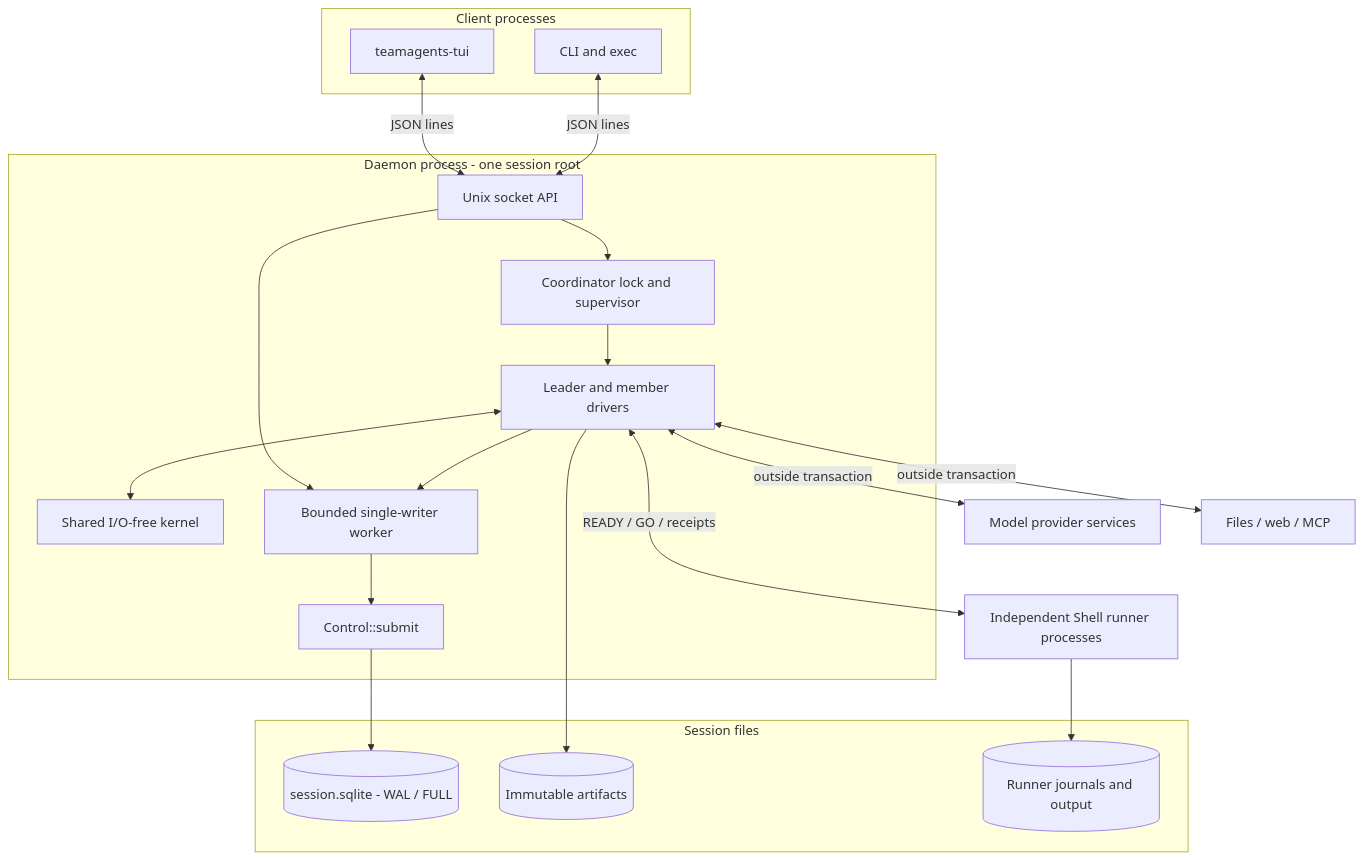
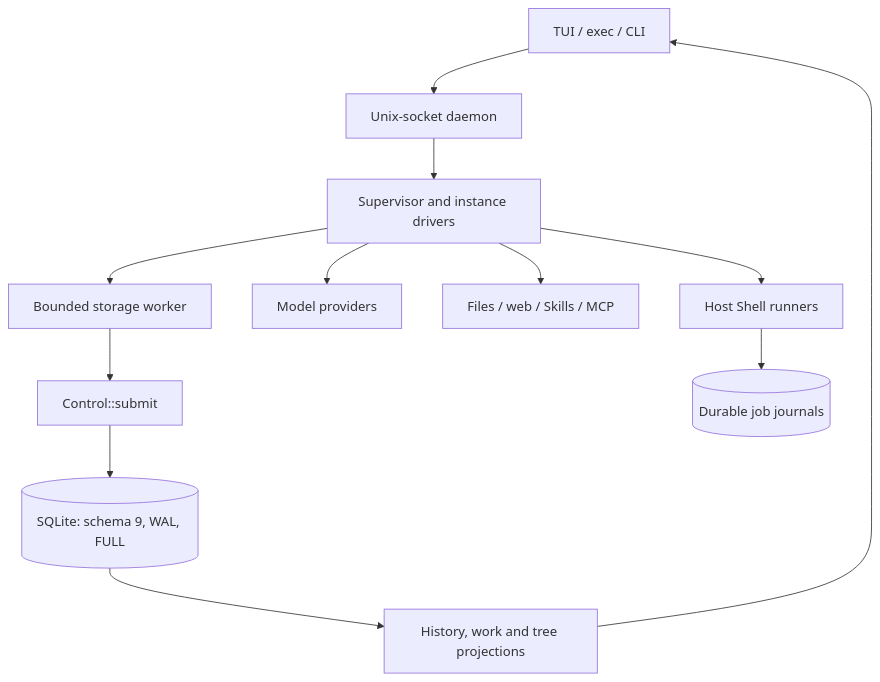
Before and after one commit to seek-hope/TeamAgents: the first of 3 diagrams in docs/ARCHITECTURE.md, drawn with Mermaid. The commit also changed other lines of this file and 13547 other files, not shown here.

````diff
--- a/docs/ARCHITECTURE.md
+++ b/docs/ARCHITECTURE.md
@@ -36,37 +8,17 @@
 ```mermaid
 flowchart TB
-    accTitle: Processes and session ownership
-    accDescr: TUI and CLI clients share one daemon per session root. The daemon owns logical instance drivers and the database writer, while Shell runners and provider services execute outside transactions.
-    subgraph clients["Client processes"]
-        tui["teamagents-tui"]
-        cli["CLI and exec"]
-    end
-    subgraph daemon["Daemon process - one session root"]
-        socket["Unix socket API"]
-        supervisor["Coordinator lock and supervisor"]
-        drivers["Leader and member drivers"]
-        kernel["Shared I/O-free kernel"]
-        storage["Bounded single-writer worker"]
-        control["Control::submit"]
-    end
-    subgraph durable["Session files"]
-        db[("session.sqlite - WAL / FULL")]
-        artifacts[("Immutable artifacts")]
-        journals[("Runner journals and output")]
-    end
-    runners["Independent Shell runner processes"]
-    providers["Model provider services"]
-    tools["Files / web / MCP"]
-    tui <-->|"JSON lines"| socket
-    cli <-->|"JSON lines"| socket
-    socket --> supervisor
-    supervisor --> drivers
-    drivers <--> kernel
-    socket --> storage
-    drivers --> storage --> control --> db
-    drivers <-->|"outside transaction"| providers
-    drivers <-->|"outside transaction"| tools
-    drivers <-->|"READY / GO / receipts"| runners
-    drivers --> artifacts
-    runners --> journals
+    accTitle: TeamAgents Component Ownership
+    accDescr: Clients use one daemon and one storage/control path while providers, tools and runners remain outside transactions.
+
+    clients["TUI / exec / CLI"] --> daemon["Unix-socket daemon"]
+    daemon --> supervisor["Supervisor and instance drivers"]
+    supervisor --> storage["Bounded storage worker"]
+    storage --> control["Control::submit"]
+    control --> database[("SQLite: schema 9, WAL, FULL")]
+    supervisor --> providers["Model providers"]
+    supervisor --> tools["Files / web / Skills / MCP"]
+    supervisor --> runners["Host Shell runners"]
+    runners --> journals[("Durable job journals")]
+    database --> views["History, work and tree projections"]
+    views --> clients
 ```
````
